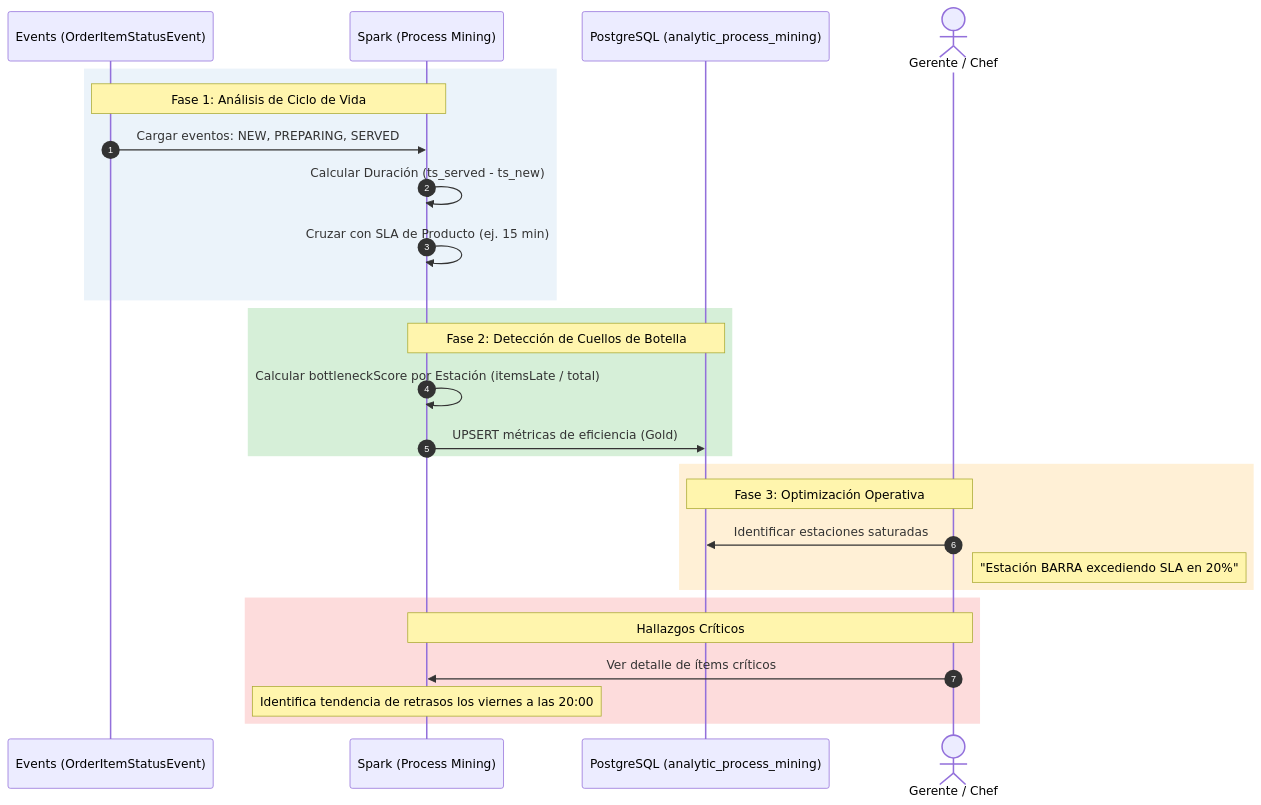
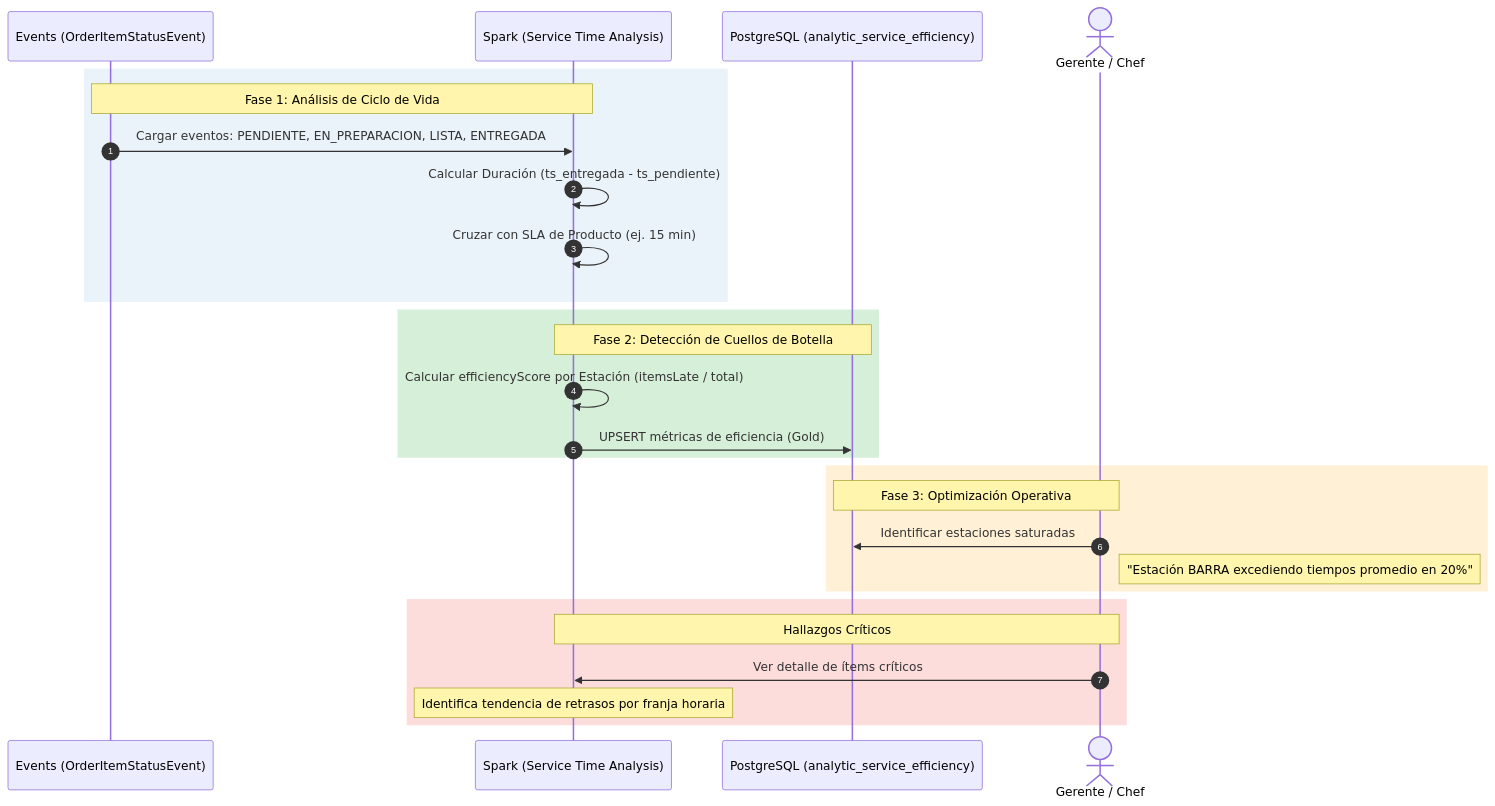
One commit to dvillagrans/Bouquet changed the diagram in docs/_assets/casos_uso/CU_15.mmd. Above: the diagram before and after it, drawn with Mermaid. The commit also changed 27 other files, not shown here.

```diff
--- a/docs/_assets/casos_uso/CU_15.mmd
+++ b/docs/_assets/casos_uso/CU_15.mmd
@@ -1,33 +1,33 @@
 sequenceDiagram
     autonumber
     
     %% Color Palette
     participant E as Events (OrderItemStatusEvent)
-    participant S as Spark (Process Mining)
-    participant DB as PostgreSQL (analytic_process_mining)
+    participant S as Spark (Service Time Analysis)
+    participant DB as PostgreSQL (analytic_service_efficiency)
     actor G as Gerente / Chef
 
     rect rgb(235, 243, 250)
         Note over E,S: Fase 1: Análisis de Ciclo de Vida
-        E->>S: Cargar eventos: NEW, PREPARING, SERVED
-        S->>S: Calcular Duración (ts_served - ts_new)
+        E->>S: Cargar eventos: PENDIENTE, EN_PREPARACION, LISTA, ENTREGADA
+        S->>S: Calcular Duración (ts_entregada - ts_pendiente)
         S->>S: Cruzar con SLA de Producto (ej. 15 min)
     end
 
     rect rgb(214, 239, 216)
         Note over S,DB: Fase 2: Detección de Cuellos de Botella
-        S->>S: Calcular bottleneckScore por Estación (itemsLate / total)
+        S->>S: Calcular efficiencyScore por Estación (itemsLate / total)
         S->>DB: UPSERT métricas de eficiencia (Gold)
     end
 
     rect rgb(255, 240, 214)
         Note over G,DB: Fase 3: Optimización Operativa
         G->>DB: Identificar estaciones saturadas
-        Note right of G: "Estación BARRA excediendo SLA en 20%"
+        Note right of G: "Estación BARRA excediendo tiempos promedio en 20%"
     end
 
     rect rgb(253, 220, 220)
         Note over G,S: Hallazgos Críticos
         G->>S: Ver detalle de ítems críticos
-        Note over S: Identifica tendencia de retrasos los viernes a las 20:00
+        Note over S: Identifica tendencia de retrasos por franja horaria
     end
```
